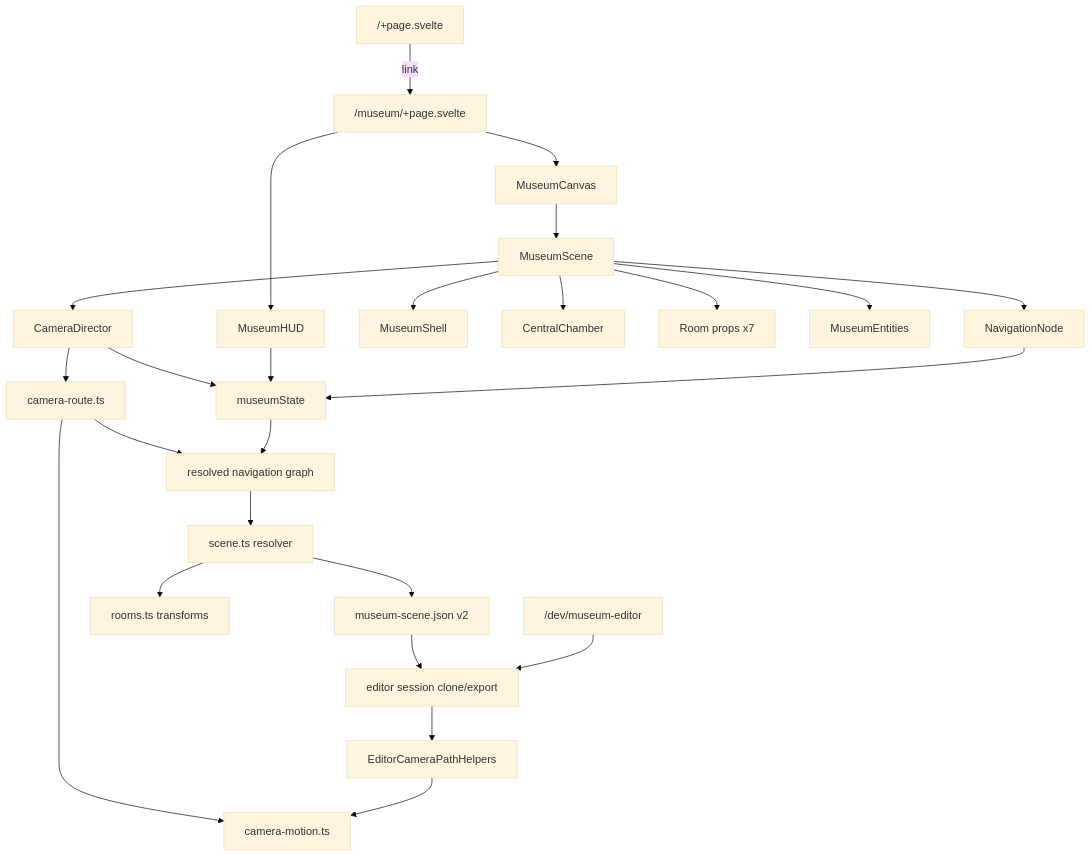
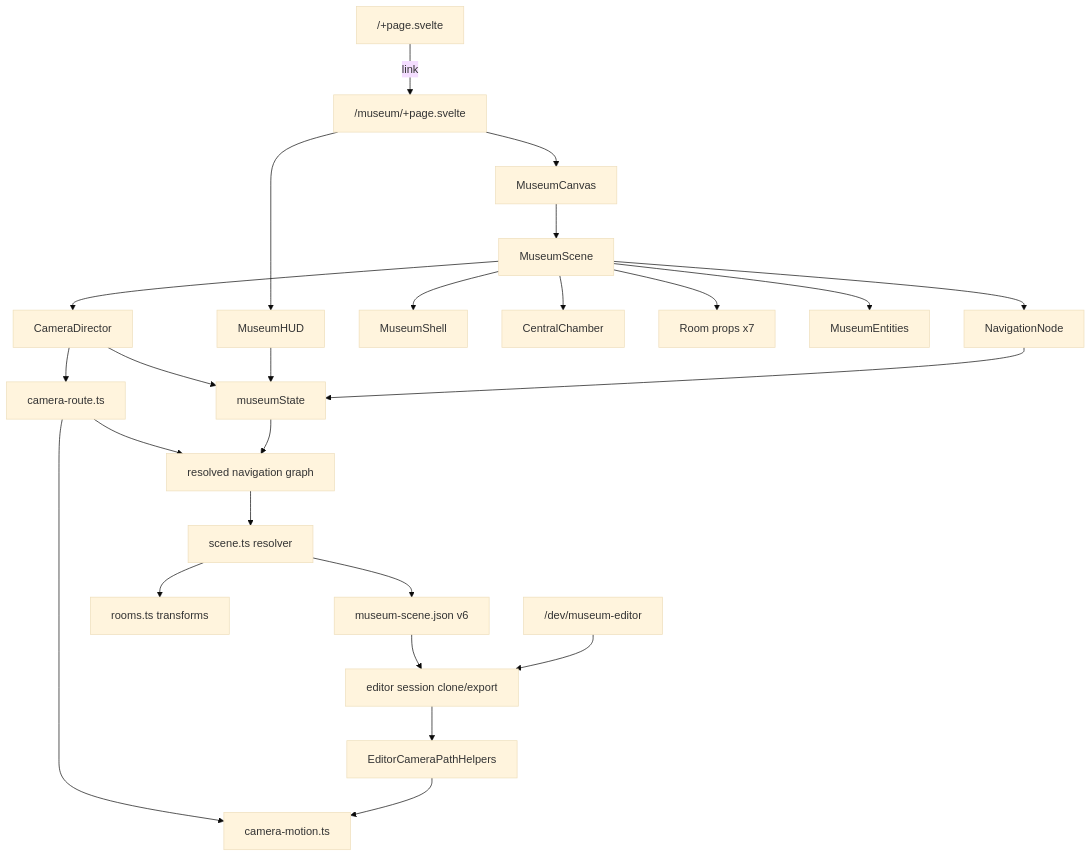
The diagram in AGENTS.md (toni8699/Museum), drawn with Mermaid (base theme) before and after one commit. The commit also changed other lines of this file and 16 other files, not shown here.

````diff
--- a/AGENTS.md
+++ b/AGENTS.md
@@ -15,27 +15,27 @@
 ```mermaid
 flowchart TB
   Landing["/+page.svelte"] -->|link| Page["/museum/+page.svelte"]
   Page --> Canvas["MuseumCanvas"]
   Page --> HUD["MuseumHUD"]
   Canvas --> Scene["MuseumScene"]
   Scene --> Cam["CameraDirector"]
   Scene --> Shell["MuseumShell"]
   Scene --> Center["CentralChamber"]
   Scene --> Rooms["Room props x7"]
   Scene --> Assets["MuseumEntities"]
   Scene --> Nodes["NavigationNode"]
   Cam --> State["museumState"]
   HUD --> State
   Nodes --> State
   Cam --> Route["camera-route.ts"]
   Route --> Motion["camera-motion.ts"]
   Route --> Graph["resolved navigation graph"]
   State --> Graph
   Graph --> Resolver["scene.ts resolver"]
-  Resolver --> Document["museum-scene.json v2"]
+  Resolver --> Document["museum-scene.json v6"]
   Resolver --> Architecture["rooms.ts transforms"]
   Document --> Session["editor session clone/export"]
   Editor["/dev/museum-editor"] --> Session
   Session --> PathHelpers["EditorCameraPathHelpers"]
   PathHelpers --> Motion
 ```
````
